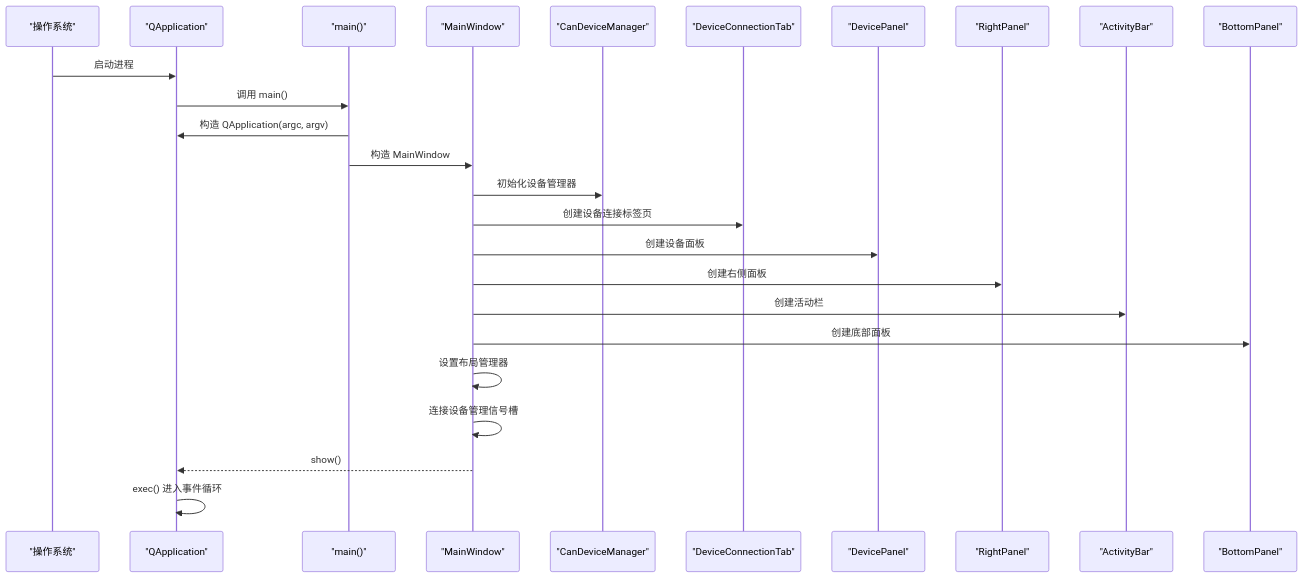
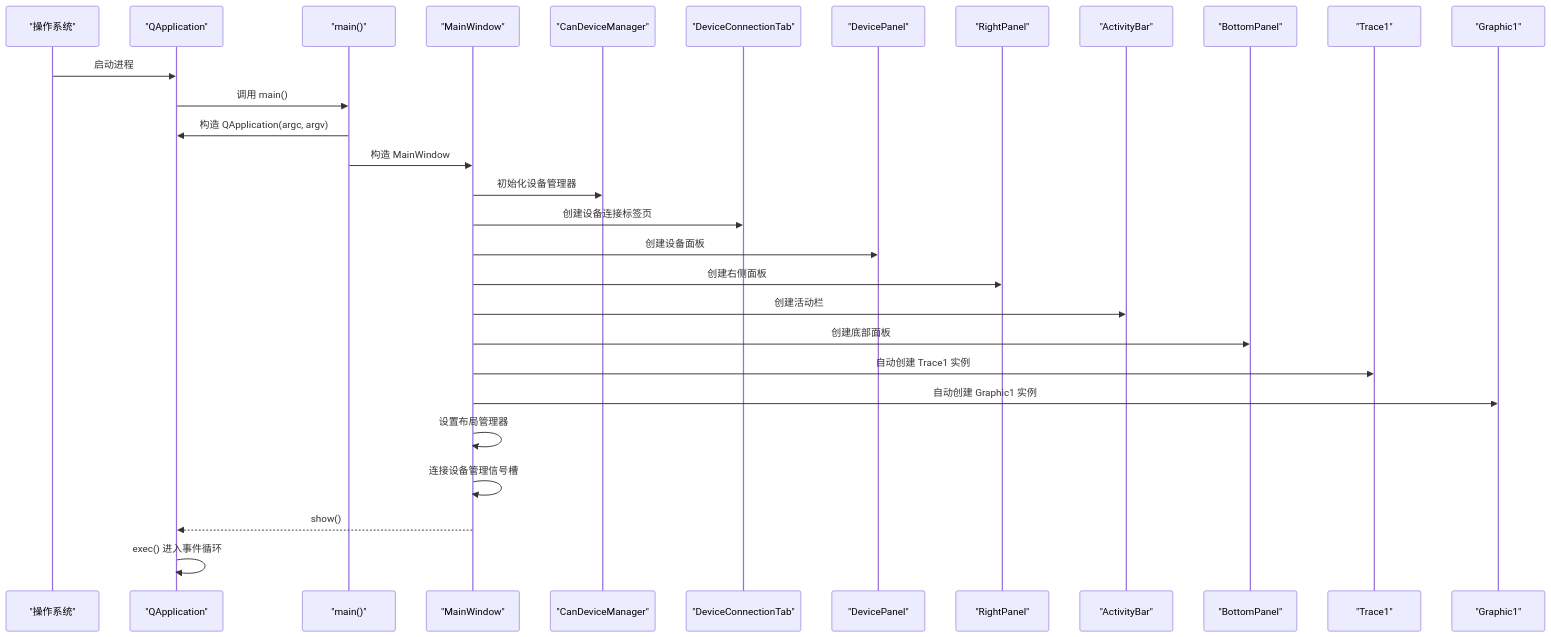
One commit to jakecai1225-design/OpenBus changed the second of 9 diagrams in .qoder/repowiki/zh/content/核心模块详解/主窗口组件.md. Above: the diagram before and after it, drawn with Mermaid. The commit also changed other lines of this file and 71 other files, not shown here.

Commit message:
graphic trace

````diff
--- a/.qoder/repowiki/zh/content/核心模块详解/主窗口组件.md
+++ b/.qoder/repowiki/zh/content/核心模块详解/主窗口组件.md
@@ -120,27 +126,31 @@
 ```mermaid
 sequenceDiagram
 participant OS as "操作系统"
 participant App as "QApplication"
 participant Main as "main()"
 participant MW as "MainWindow"
 participant CDM as "CanDeviceManager"
 participant DCT as "DeviceConnectionTab"
 participant DP as "DevicePanel"
 participant RP as "RightPanel"
 participant AB as "ActivityBar"
 participant BP as "BottomPanel"
+participant T1 as "Trace1"
+participant G1 as "Graphic1"
 OS->>App : 启动进程
 App->>Main : 调用 main()
 Main->>App : 构造 QApplication(argc, argv)
 Main->>MW : 构造 MainWindow
 MW->>CDM : 初始化设备管理器
 MW->>DCT : 创建设备连接标签页
 MW->>DP : 创建设备面板
 MW->>RP : 创建右侧面板
 MW->>AB : 创建活动栏
 MW->>BP : 创建底部面板
+MW->>T1 : 自动创建 Trace1 实例
+MW->>G1 : 自动创建 Graphic1 实例
 MW->>MW : 设置布局管理器
 MW->>MW : 连接设备管理信号槽
 MW-->>App : show()
 App->>App : exec() 进入事件循环
 ```
````
